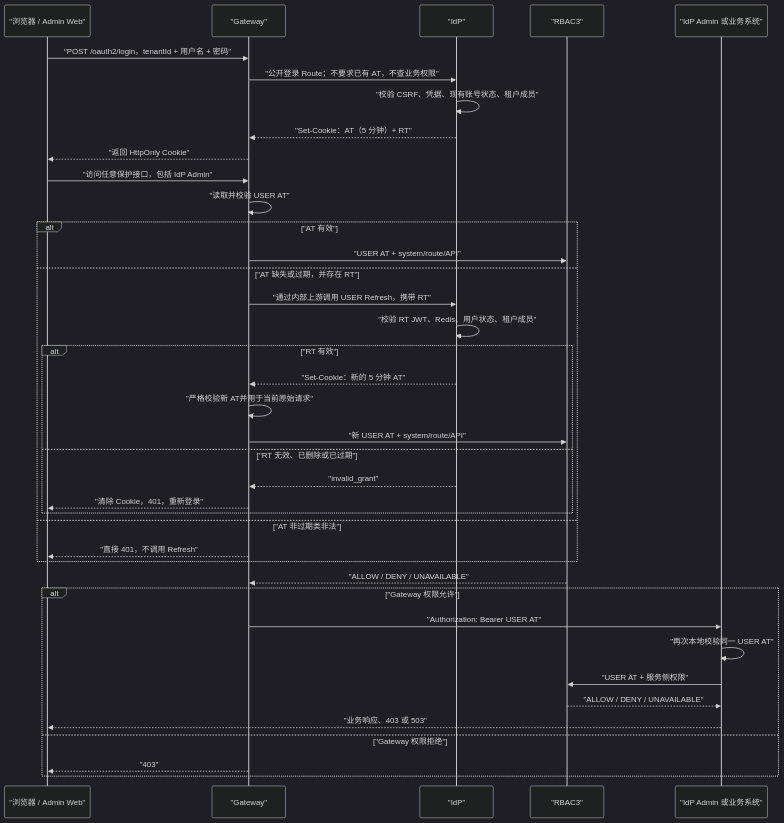
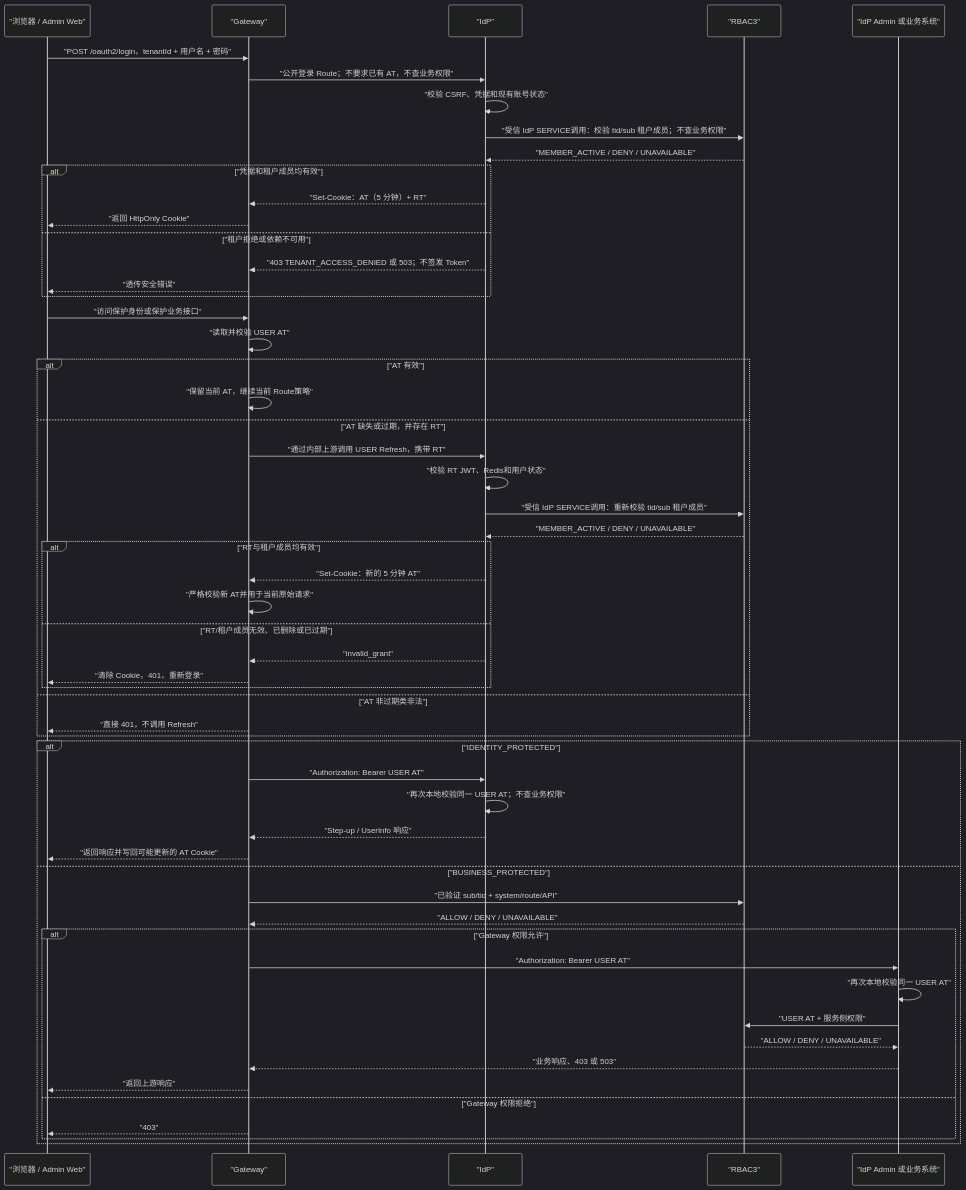
One commit to AllenDEricDAlexander/Egon-COLA changed the fourth of 6 diagrams in docs/superpowers/specs/2026-08-13-unified-identity-stateless-jwt-session-removal-design.md. Above: the diagram before and after it, drawn with Mermaid (dark theme). The commit also changed other lines of this file, not shown here.

Commit message:
docs: refine stateless identity jwt design

````diff
--- a/docs/superpowers/specs/2026-08-13-unified-identity-stateless-jwt-session-removal-design.md
+++ b/docs/superpowers/specs/2026-08-13-unified-identity-stateless-jwt-session-removal-design.md
@@ -520,45 +707,62 @@
 ```mermaid
 sequenceDiagram
     participant U as "浏览器 / Admin Web"
     participant G as "Gateway"
     participant I as "IdP"
     participant R as "RBAC3"
     participant S as "IdP Admin 或业务系统"
 
     U->>G: "POST /oauth2/login，tenantId + 用户名 + 密码"
     G->>I: "公开登录 Route；不要求已有 AT，不查业务权限"
-    I->>I: "校验 CSRF、凭据、现有账号状态、租户成员"
-    I-->>G: "Set-Cookie：AT（5 分钟）+ RT"
-    G-->>U: "返回 HttpOnly Cookie"
+    I->>I: "校验 CSRF、凭据和现有账号状态"
+    I->>R: "受信 IdP SERVICE调用：校验 tid/sub 租户成员；不查业务权限"
+    R-->>I: "MEMBER_ACTIVE / DENY / UNAVAILABLE"
+    alt "凭据和租户成员均有效"
+        I-->>G: "Set-Cookie：AT（5 分钟）+ RT"
+        G-->>U: "返回 HttpOnly Cookie"
+    else "租户拒绝或依赖不可用"
+        I-->>G: "403 TENANT_ACCESS_DENIED 或 503；不签发 Token"
+        G-->>U: "透传安全错误"
+    end
 
-    U->>G: "访问任意保护接口，包括 IdP Admin"
+    U->>G: "访问保护身份或保护业务接口"
     G->>G: "读取并校验 USER AT"
 
     alt "AT 有效"
-        G->>R: "USER AT + system/route/API"
+        G->>G: "保留当前 AT，继续当前 Route策略"
     else "AT 缺失或过期，并存在 RT"
         G->>I: "通过内部上游调用 USER Refresh，携带 RT"
-        I->>I: "校验 RT JWT、Redis、用户状态、租户成员"
-        alt "RT 有效"
+        I->>I: "校验 RT JWT、Redis和用户状态"
+        I->>R: "受信 IdP SERVICE调用：重新校验 tid/sub 租户成员"
+        R-->>I: "MEMBER_ACTIVE / DENY / UNAVAILABLE"
+        alt "RT与租户成员均有效"
             I-->>G: "Set-Cookie：新的 5 分钟 AT"
             G->>G: "严格校验新 AT并用于当前原始请求"
-            G->>R: "新 USER AT + system/route/API"
-        else "RT 无效、已删除或已过期"
+        else "RT/租户成员无效、已删除或已过期"
             I-->>G: "invalid_grant"
             G-->>U: "清除 Cookie，401，重新登录"
         end
     else "AT 非过期类非法"
         G-->>U: "直接 401，不调用 Refresh"
     end
 
-    R-->>G: "ALLOW / DENY / UNAVAILABLE"
-    alt "Gateway 权限允许"
-        G->>S: "Authorization: Bearer USER AT"
-        S->>S: "再次本地校验同一 USER AT"
-        S->>R: "USER AT + 服务侧权限"
-        R-->>S: "ALLOW / DENY / UNAVAILABLE"
-        S-->>U: "业务响应、403 或 503"
-    else "Gateway 权限拒绝"
-        G-->>U: "403"
+    alt "IDENTITY_PROTECTED"
+        G->>I: "Authorization: Bearer USER AT"
+        I->>I: "再次本地校验同一 USER AT；不查业务权限"
+        I-->>G: "Step-up / UserInfo 响应"
+        G-->>U: "返回响应并写回可能更新的 AT Cookie"
+    else "BUSINESS_PROTECTED"
+        G->>R: "已验证 sub/tid + system/route/API"
+        R-->>G: "ALLOW / DENY / UNAVAILABLE"
+        alt "Gateway 权限允许"
+            G->>S: "Authorization: Bearer USER AT"
+            S->>S: "再次本地校验同一 USER AT"
+            S->>R: "USER AT + 服务侧权限"
+            R-->>S: "ALLOW / DENY / UNAVAILABLE"
+            S-->>G: "业务响应、403 或 503"
+            G-->>U: "返回上游响应"
+        else "Gateway 权限拒绝"
+            G-->>U: "403"
+        end
     end
 ```
````
